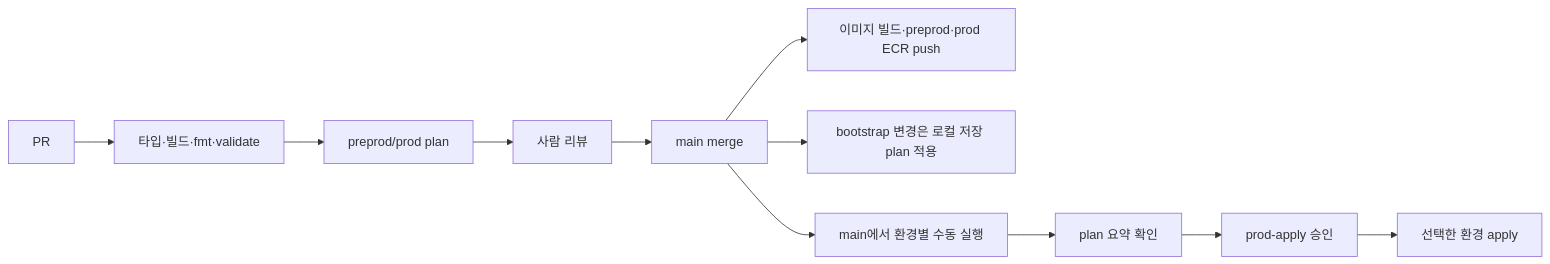
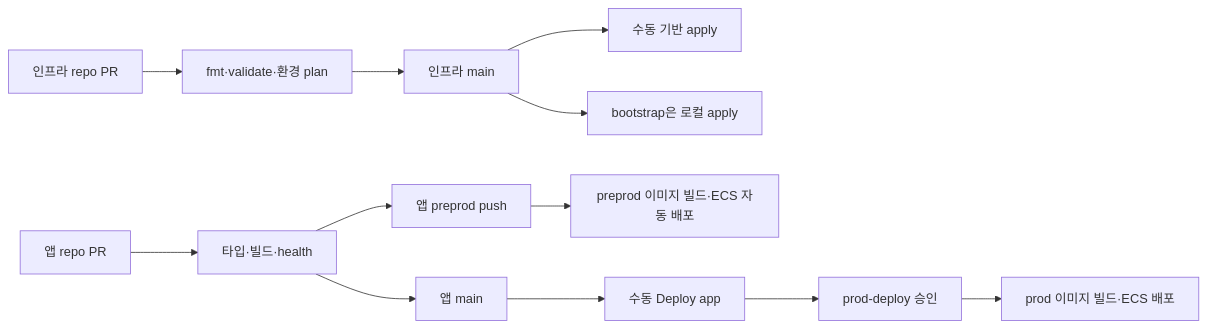
One commit to ban-dal/aws-ecs-fullstack-app changed the second of 2 diagrams in docs/architecture.md. Above: the diagram before and after it, drawn with Mermaid. The commit also changed other lines of this file and 41 other files, not shown here.

````diff
--- a/docs/architecture.md
+++ b/docs/architecture.md
@@ -41,13 +43,14 @@
 ```mermaid
 flowchart LR
-  PR[PR] --> Checks[타입·빌드·fmt·validate]
-  Checks --> Plan[preprod/prod plan]
-  Plan --> Review[사람 리뷰]
-  Review --> Merge[main merge]
-  Merge --> Image[이미지 빌드·preprod·prod ECR push]
-  Merge --> Bootstrap[bootstrap 변경은 로컬 저장 plan 적용]
-  Merge --> Dispatch[main에서 환경별 수동 실행]
-  Dispatch --> ApplyPlan[plan 요약 확인]
-  ApplyPlan --> Approval[prod-apply 승인]
-  Approval --> Apply[선택한 환경 apply]
+  InfraPR[인프라 repo PR] --> Plan[fmt·validate·환경 plan]
+  Plan --> InfraMain[인프라 main]
+  InfraMain --> Foundation[수동 기반 apply]
+  InfraMain --> Bootstrap[bootstrap은 로컬 apply]
+  AppPR[앱 repo PR] --> AppCheck[타입·빌드·health]
+  AppCheck --> Preprod[앱 preprod push]
+  Preprod --> PreprodDeploy[preprod 이미지 빌드·ECS 자동 배포]
+  AppCheck --> AppMain[앱 main]
+  AppMain --> ProdDispatch[수동 Deploy app]
+  ProdDispatch --> ProdApproval[prod-deploy 승인]
+  ProdApproval --> ProdDeploy[prod 이미지 빌드·ECS 배포]
 ```
````
